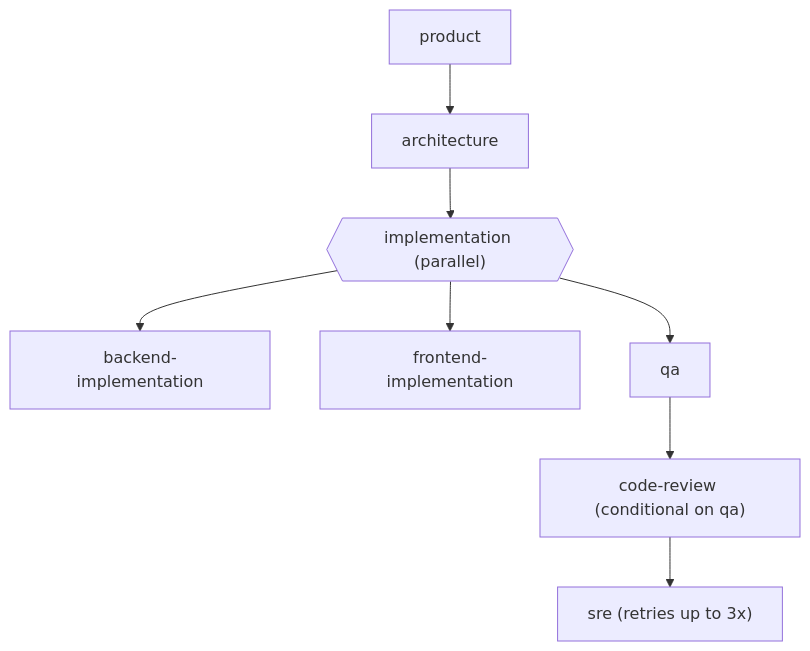
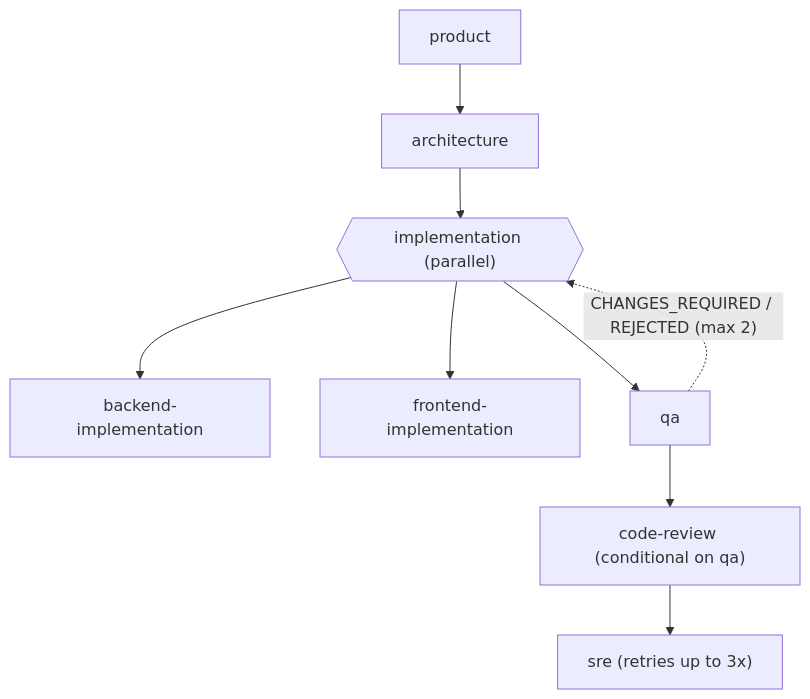
One commit to Shahrooze/adf changed the diagram in docs/WORKFLOWS.md. Above: the diagram before and after it, drawn with Mermaid. The commit also changed other lines of this file and 50 other files, not shown here.

````diff
--- a/docs/WORKFLOWS.md
+++ b/docs/WORKFLOWS.md
@@ -101,10 +157,11 @@
 ```mermaid
 flowchart TD
   product["product"] --> architecture["architecture"]
   architecture --> implementation{{"implementation (parallel)"}}
   implementation --> backend["backend-implementation"]
   implementation --> frontend["frontend-implementation"]
   implementation --> qa["qa"]
+  qa -. "CHANGES_REQUIRED / REJECTED (max 2)" .-> implementation
   qa --> code-review["code-review (conditional on qa)"]
   code-review --> sre["sre (retries up to 3x)"]
 ```
````
